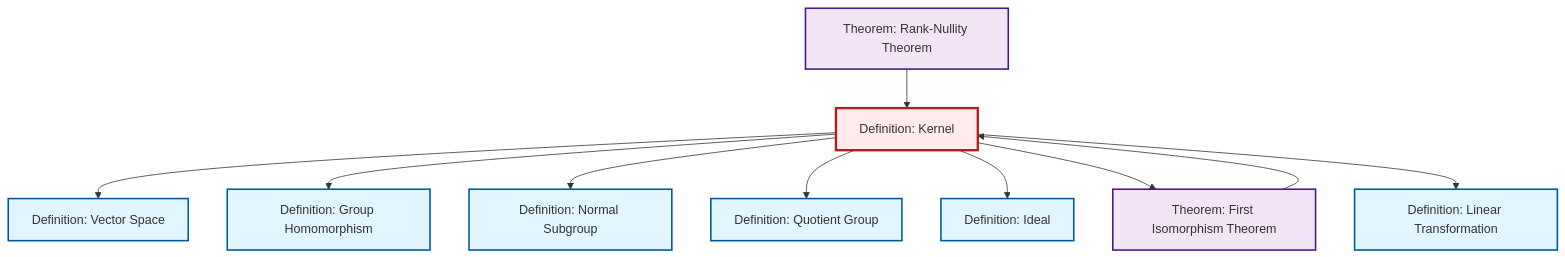
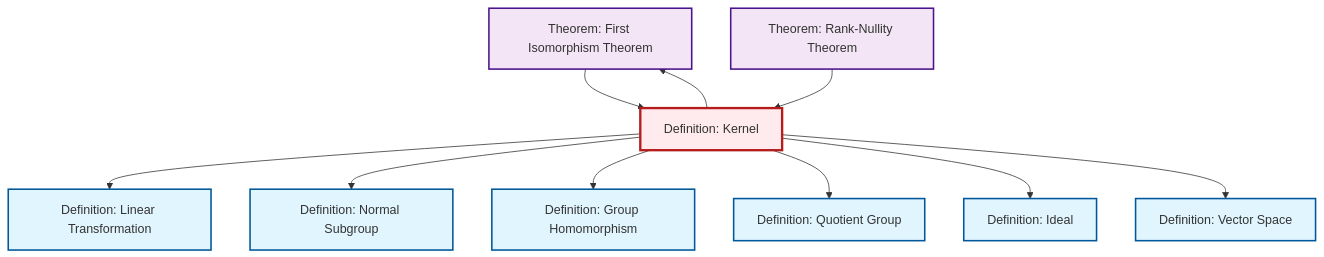
One commit to RK0429/ModernMath changed the diagram in content/en/algebra/def-kernel.qmd. Above: the diagram before and after it, drawn with Mermaid. The commit also changed other lines of this file and 497 other files, not shown here.

````diff
--- a/content/en/algebra/def-kernel.qmd
+++ b/content/en/algebra/def-kernel.qmd
@@ -79,36 +79,36 @@
 ```{mermaid}
 %%| fig-cap: "Local dependency graph"
 graph TD
     classDef definition fill:#e1f5fe,stroke:#01579b,stroke-width:2px
     classDef theorem fill:#f3e5f5,stroke:#4a148c,stroke-width:2px
     classDef axiom fill:#fff3e0,stroke:#e65100,stroke-width:2px
     classDef example fill:#e8f5e9,stroke:#1b5e20,stroke-width:2px
     classDef current fill:#ffebee,stroke:#b71c1c,stroke-width:3px
     def-normal-subgroup["Definition: Normal Subgroup"]:::definition
-    def-quotient-group["Definition: Quotient Group"]:::definition
-    def-homomorphism["Definition: Group Homomorphism"]:::definition
+    thm-first-isomorphism["Theorem: First Isomorphism Theorem"]:::theorem
     def-kernel["Definition: Kernel"]:::definition
     def-ideal["Definition: Ideal"]:::definition
-    thm-first-isomorphism["Theorem: First Isomorphism Theorem"]:::theorem
+    def-homomorphism["Definition: Group Homomorphism"]:::definition
     thm-rank-nullity["Theorem: Rank-Nullity Theorem"]:::theorem
     def-vector-space["Definition: Vector Space"]:::definition
+    def-quotient-group["Definition: Quotient Group"]:::definition
     def-linear-transformation["Definition: Linear Transformation"]:::definition
-    def-kernel --> def-vector-space
+    def-kernel --> def-linear-transformation
+    thm-first-isomorphism --> def-kernel
+    def-kernel --> def-normal-subgroup
+    thm-rank-nullity --> def-kernel
     def-kernel --> def-homomorphism
-    def-kernel --> def-normal-subgroup
     def-kernel --> def-quotient-group
-    thm-first-isomorphism --> def-kernel
     def-kernel --> def-ideal
     def-kernel --> thm-first-isomorphism
-    thm-rank-nullity --> def-kernel
-    def-kernel --> def-linear-transformation
+    def-kernel --> def-vector-space
     class def-kernel current
     click def-normal-subgroup "def-normal-subgroup.html" "Go to Normal Subgroup definition"
-    click def-quotient-group "def-quotient-group.html" "Go to Quotient Group definition"
+    click thm-first-isomorphism "thm-first-isomorphism.html" "Go to First Isomorphism Theorem theorem"
+    click def-ideal "def-ideal.html" "Go to Ideal definition"
     click def-homomorphism "def-homomorphism.html" "Go to Group Homomorphism definition"
-    click def-ideal "def-ideal.html" "Go to Ideal definition"
-    click thm-first-isomorphism "thm-first-isomorphism.html" "Go to First Isomorphism Theorem theorem"
     click thm-rank-nullity "thm-rank-nullity.html" "Go to Rank-Nullity Theorem theorem"
     click def-vector-space "def-vector-space.html" "Go to Vector Space definition"
+    click def-quotient-group "def-quotient-group.html" "Go to Quotient Group definition"
     click def-linear-transformation "def-linear-transformation.html" "Go to Linear Transformation definition"
 ```
````
